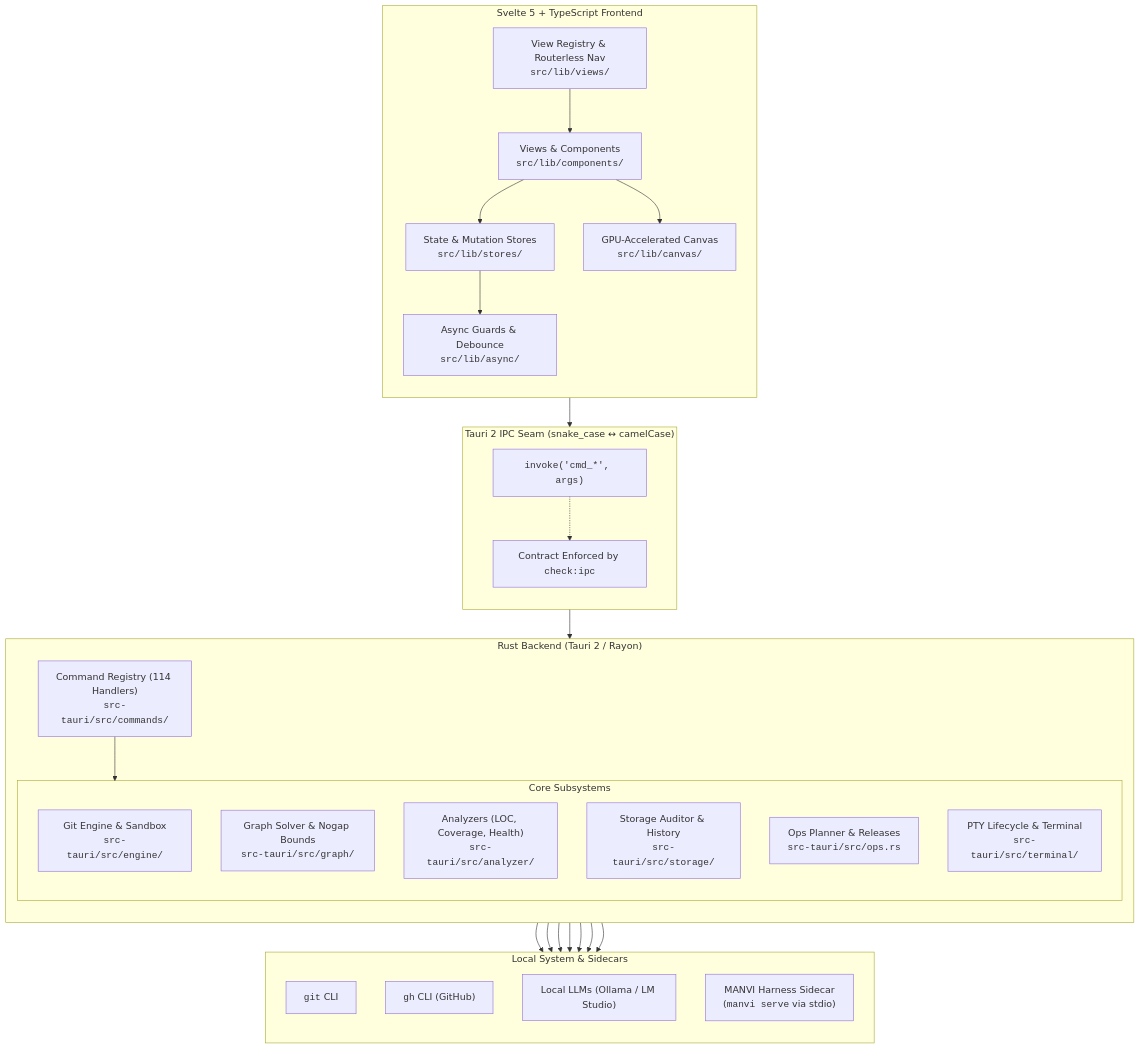
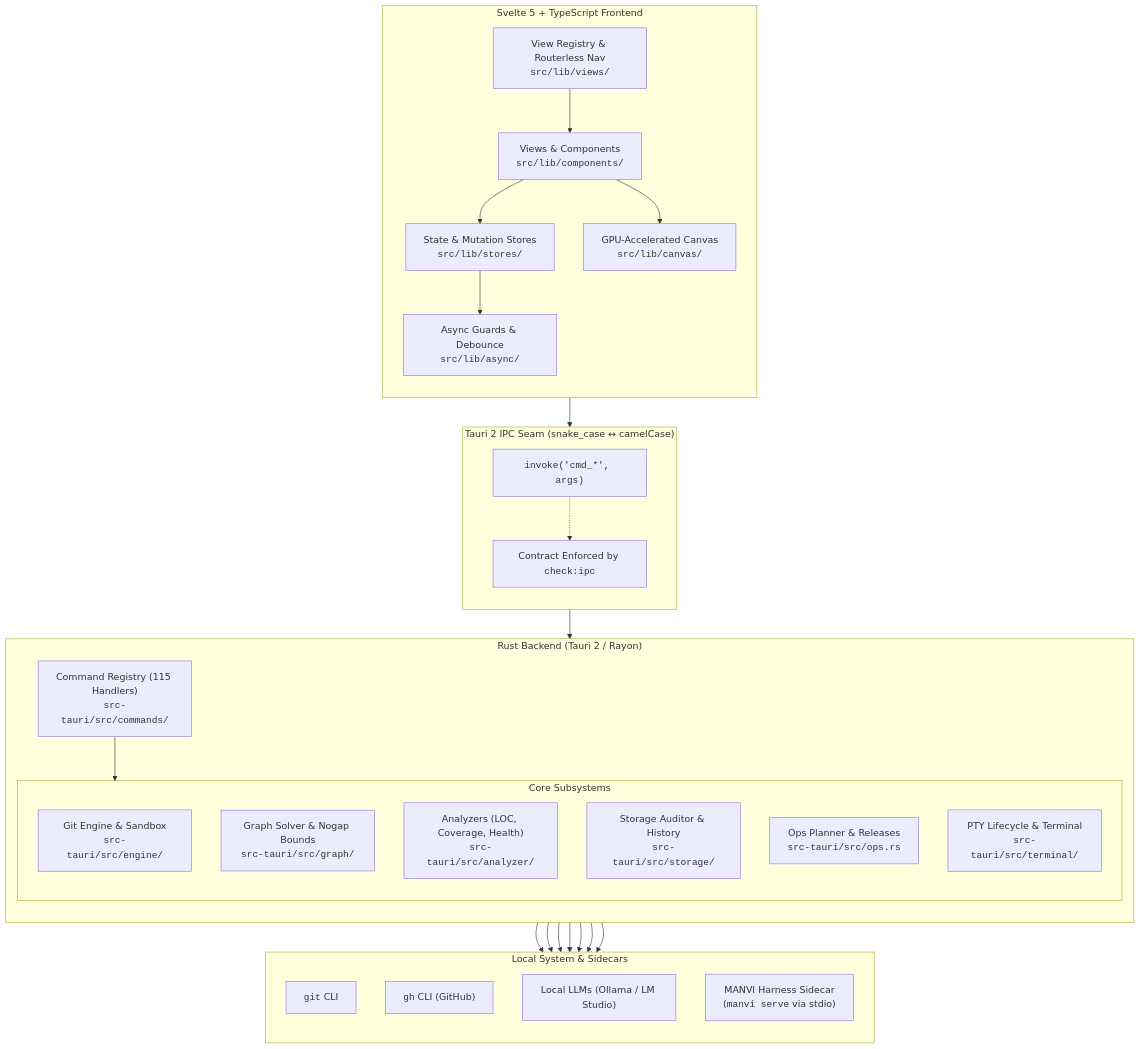
The first of 4 diagrams in docs/ARCHITECTURE.md (bharathvbcr/GitPulse), drawn with Mermaid before and after one commit. The commit also changed other lines of this file and 13 other files, not shown here.

````diff
--- a/docs/ARCHITECTURE.md
+++ b/docs/ARCHITECTURE.md
@@ -5,57 +5,57 @@
 ```mermaid
 flowchart TB
     subgraph Frontend["Svelte 5 + TypeScript Frontend"]
         direction TB
         UI["Views & Components<br/><code>src/lib/components/</code>"]
         Stores["State & Mutation Stores<br/><code>src/lib/stores/</code>"]
         Registry["View Registry & Routerless Nav<br/><code>src/lib/views/</code>"]
         Canvas["GPU-Accelerated Canvas<br/><code>src/lib/canvas/</code>"]
         Async["Async Guards & Debounce<br/><code>src/lib/async/</code>"]
         
         UI --> Stores
         UI --> Canvas
         Stores --> Async
         Registry --> UI
     end
 
     subgraph IPC["Tauri 2 IPC Seam (snake_case ↔ camelCase)"]
         direction TB
         Invoke["<code>invoke('cmd_*', args)</code>"]
         ContractCheck["Contract Enforced by <code>check:ipc</code>"]
         Invoke -.-> ContractCheck
     end
 
     subgraph Backend["Rust Backend (Tauri 2 / Rayon)"]
         direction TB
-        CmdRegistry["Command Registry (114 Handlers)<br/><code>src-tauri/src/commands/</code>"]
+        CmdRegistry["Command Registry (115 Handlers)<br/><code>src-tauri/src/commands/</code>"]
         
         subgraph Subsystems["Core Subsystems"]
             GitEngine["Git Engine & Sandbox<br/><code>src-tauri/src/engine/</code>"]
             GraphSolver["Graph Solver & Nogap Bounds<br/><code>src-tauri/src/graph/</code>"]
             Analyzers["Analyzers (LOC, Coverage, Health)<br/><code>src-tauri/src/analyzer/</code>"]
             StorageAuditor["Storage Auditor & History<br/><code>src-tauri/src/storage/</code>"]
             OpsPlanner["Ops Planner & Releases<br/><code>src-tauri/src/ops.rs</code>"]
             PtyTerminal["PTY Lifecycle & Terminal<br/><code>src-tauri/src/terminal/</code>"]
         end
         
         CmdRegistry --> Subsystems
     end
 
     subgraph External["Local System & Sidecars"]
         direction TB
         LocalGit["<code>git</code> CLI"]
         LocalGh["<code>gh</code> CLI (GitHub)"]
         LocalLLM["Local LLMs (Ollama / LM Studio)"]
         ManviSidecar["MANVI Harness Sidecar<br/>(<code>manvi serve</code> via stdio)"]
     end
 
     Async --> Invoke
     Invoke --> CmdRegistry
     GitEngine --> LocalGit
     Analyzers --> LocalGit
     Analyzers --> LocalGh
     Analyzers --> LocalLLM
     OpsPlanner --> LocalGh
     OpsPlanner --> ManviSidecar
     Subsystems --> ManviSidecar
 ```
````
